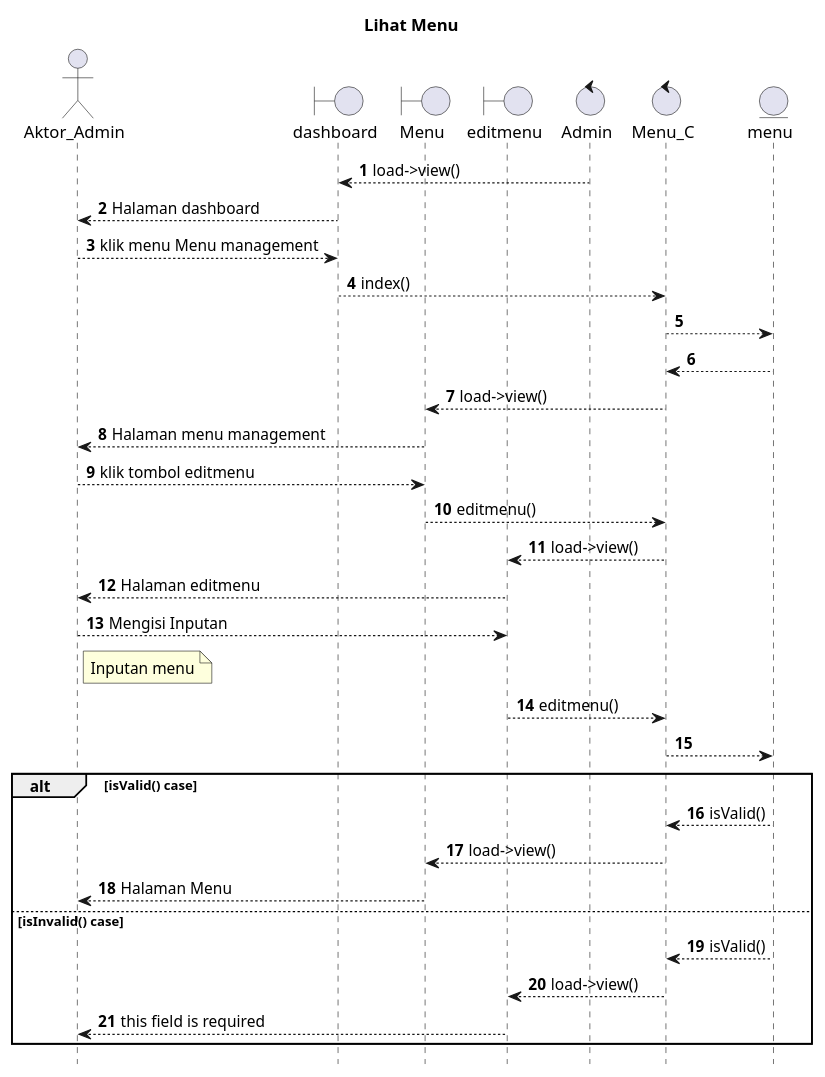
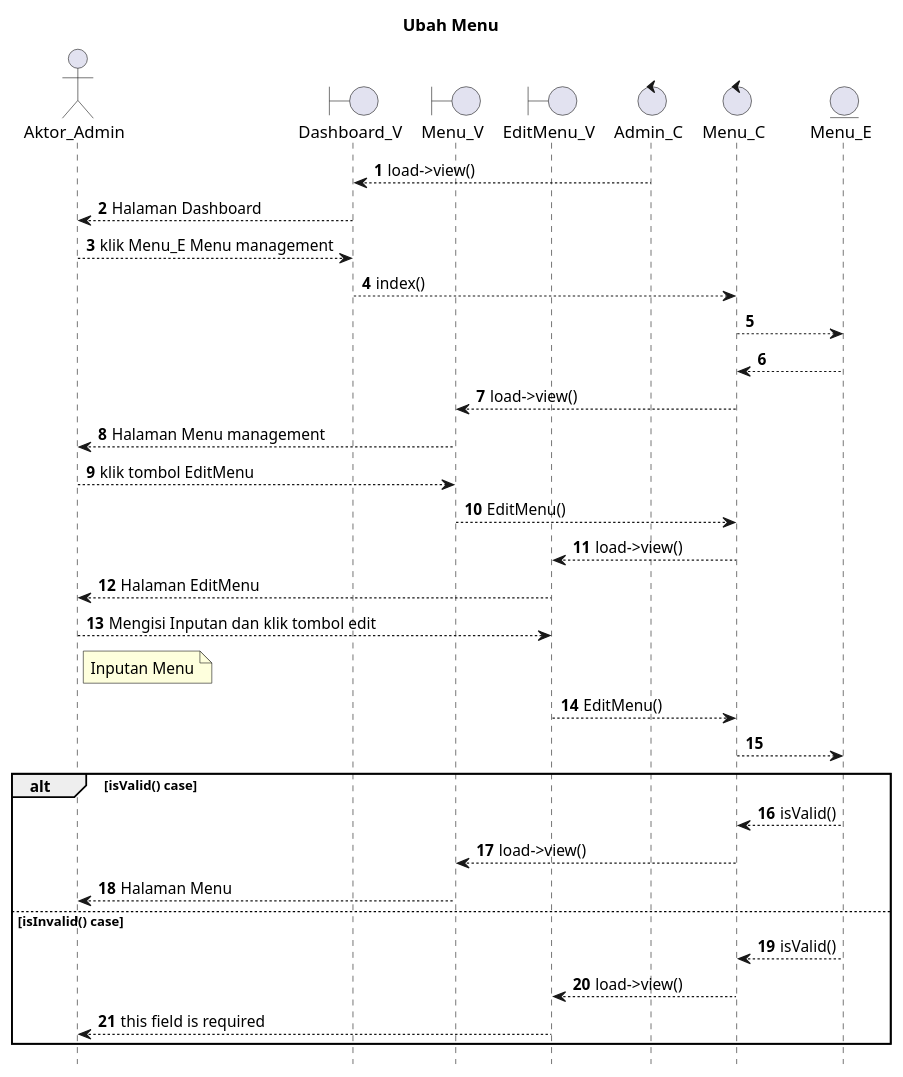
Before and after one commit to kurniado729/sistem_kp: the diagram in UML/admin/editmenu.puml, drawn with PlantUML. The commit also changed 54 other files, not shown here.

```diff
--- a/UML/admin/editmenu.puml
+++ b/UML/admin/editmenu.puml
@@ -1,50 +1,50 @@
 @startuml
 
 autonumber
 hide footbox
-title Lihat Menu
+title Ubah Menu
 
 Actor Aktor_Admin
-boundary dashboard
-boundary Menu
-boundary editmenu
-control Admin
+boundary Dashboard_V
+boundary Menu_V
+boundary EditMenu_V
+control Admin_C
 control Menu_C
-Entity menu
+Entity Menu_E
 
-Admin --> dashboard: load->view()
-dashboard --> Aktor_Admin: Halaman dashboard
-Aktor_Admin --> dashboard: klik menu Menu management
-dashboard --> Menu_C: index()
-Menu_C --> menu:
+Admin_C --> Dashboard_V: load->view()
+Dashboard_V --> Aktor_Admin: Halaman Dashboard
+Aktor_Admin --> Dashboard_V: klik Menu_E Menu management
+Dashboard_V --> Menu_C: index()
+Menu_C --> Menu_E:
     
-    menu --> Menu_C:
-    Menu_C --> Menu: load->view()
-    Menu --> Aktor_Admin: Halaman menu management
+    Menu_E --> Menu_C:
+    Menu_C --> Menu_V: load->view()
+    Menu_V --> Aktor_Admin: Halaman Menu management
 
-Aktor_Admin --> Menu: klik tombol editmenu
-Menu --> Menu_C: editmenu()
-Menu_C --> editmenu: load->view()
-editmenu --> Aktor_Admin: Halaman editmenu
+Aktor_Admin --> Menu_V: klik tombol EditMenu
+Menu_V --> Menu_C: EditMenu()
+Menu_C --> EditMenu_V: load->view()
+EditMenu_V --> Aktor_Admin: Halaman EditMenu
 
-Aktor_Admin --> editmenu: Mengisi Inputan
+Aktor_Admin --> EditMenu_V: Mengisi Inputan dan klik tombol edit
     note right of Aktor_Admin
-        Inputan menu
+        Inputan Menu
             end note
-editmenu --> Menu_C: editmenu()
-Menu_C --> menu:
+EditMenu_V --> Menu_C: EditMenu()
+Menu_C --> Menu_E:
 
 alt isValid() case
     
-    menu --> Menu_C: isValid()
-    Menu_C --> Menu: load->view()
-    Menu --> Aktor_Admin: Halaman Menu
+    Menu_E --> Menu_C: isValid()
+    Menu_C --> Menu_V: load->view()
+    Menu_V --> Aktor_Admin: Halaman Menu
 
 else isInvalid() case
     
-    menu --> Menu_C: isValid()
-    Menu_C --> editmenu: load->view()
-    editmenu --> Aktor_Admin: this field is required
+    Menu_E --> Menu_C: isValid()
+    Menu_C --> EditMenu_V: load->view()
+    EditMenu_V --> Aktor_Admin: this field is required
 
 end
 @enduml
```
